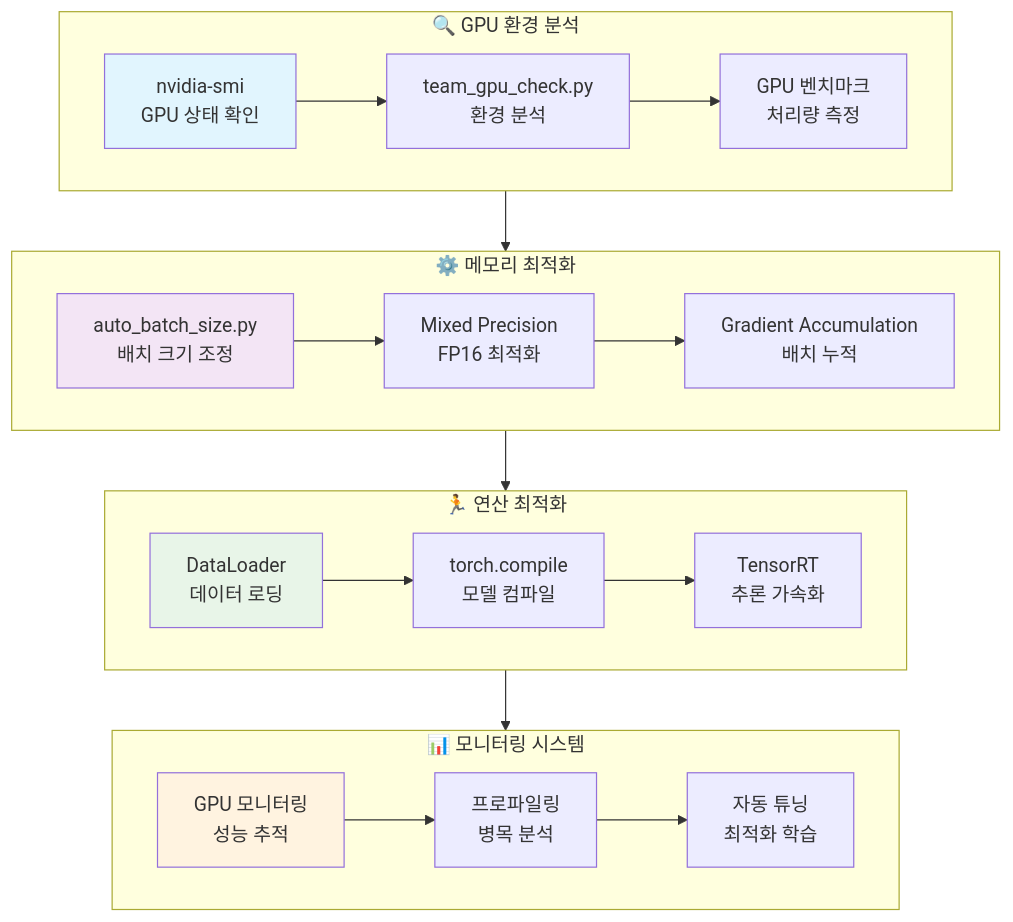
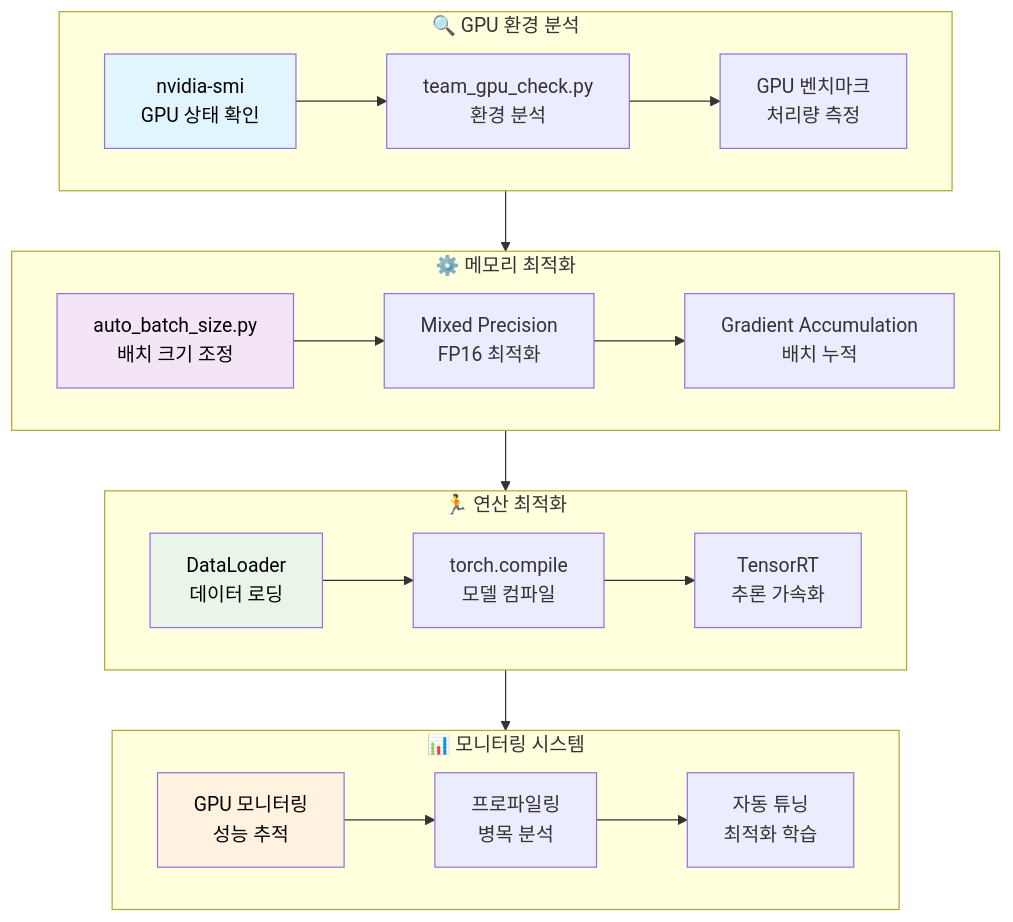
One commit to nimnusmik/CV_documents_classification_competition changed the first of 3 diagrams in docs/최적화/GPU_최적화_가이드.md. Above: the diagram before and after it, drawn with Mermaid. The commit also changed other lines of this file and 11 other files, not shown here.

Commit message:
docs: mermaid 글자 색상 명확한 검정색으로 수정

````diff
--- a/docs/최적화/GPU_최적화_가이드.md
+++ b/docs/최적화/GPU_최적화_가이드.md
@@ -5,44 +5,44 @@
 ```mermaid
 flowchart TD
     subgraph Phase1 ["🔍 GPU 환경 분석"]
         direction LR
         A["nvidia-smi<br/>GPU 상태 확인"]
         B["team_gpu_check.py<br/>환경 분석"]
         C["GPU 벤치마크<br/>처리량 측정"]
         A --> B --> C
     end
     
     subgraph Phase2 ["⚙️ 메모리 최적화"]
         direction LR
         D["auto_batch_size.py<br/>배치 크기 조정"]
         E["Mixed Precision<br/>FP16 최적화"]
         F["Gradient Accumulation<br/>배치 누적"]
         D --> E --> F
     end
     
     subgraph Phase3 ["🏃 연산 최적화"]
         direction LR
         G["DataLoader<br/>데이터 로딩"]
         H["torch.compile<br/>모델 컴파일"]
         I["TensorRT<br/>추론 가속화"]
         G --> H --> I
     end
     
     subgraph Phase4 ["📊 모니터링 시스템"]
         direction LR
         J["GPU 모니터링<br/>성능 추적"]
         K["프로파일링<br/>병목 분석"]
         L["자동 튜닝<br/>최적화 학습"]
         J --> K --> L
     end
     
     %% 서브그래프 간 세로 연결
     Phase1 --> Phase2
     Phase2 --> Phase3
     Phase3 --> Phase4
     
-    style A fill:#e1f5fe
-    style D fill:#f3e5f5
-    style G fill:#e8f5e8
-    style J fill:#fff3e0
+    style A fill:#e1f5fe, color:#000000
+    style D fill:#f3e5f5, color:#000000
+    style G fill:#e8f5e8, color:#000000
+    style J fill:#fff3e0, color:#000000
 ```
````
